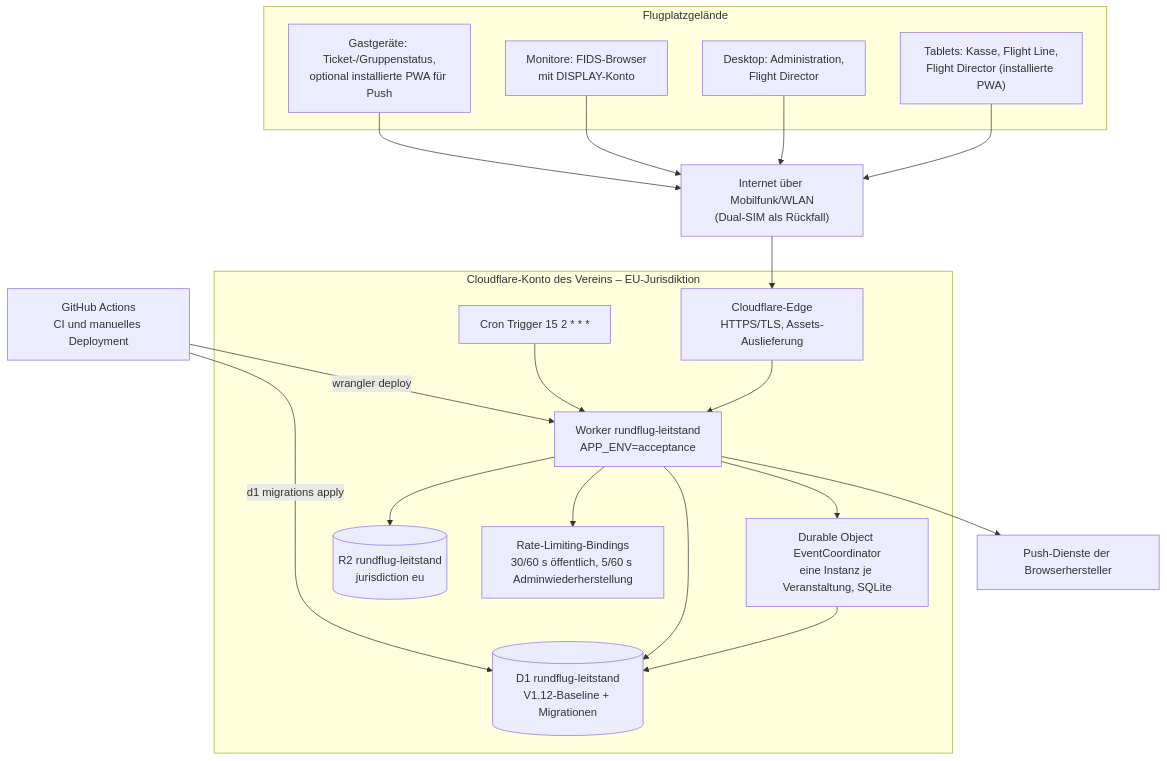
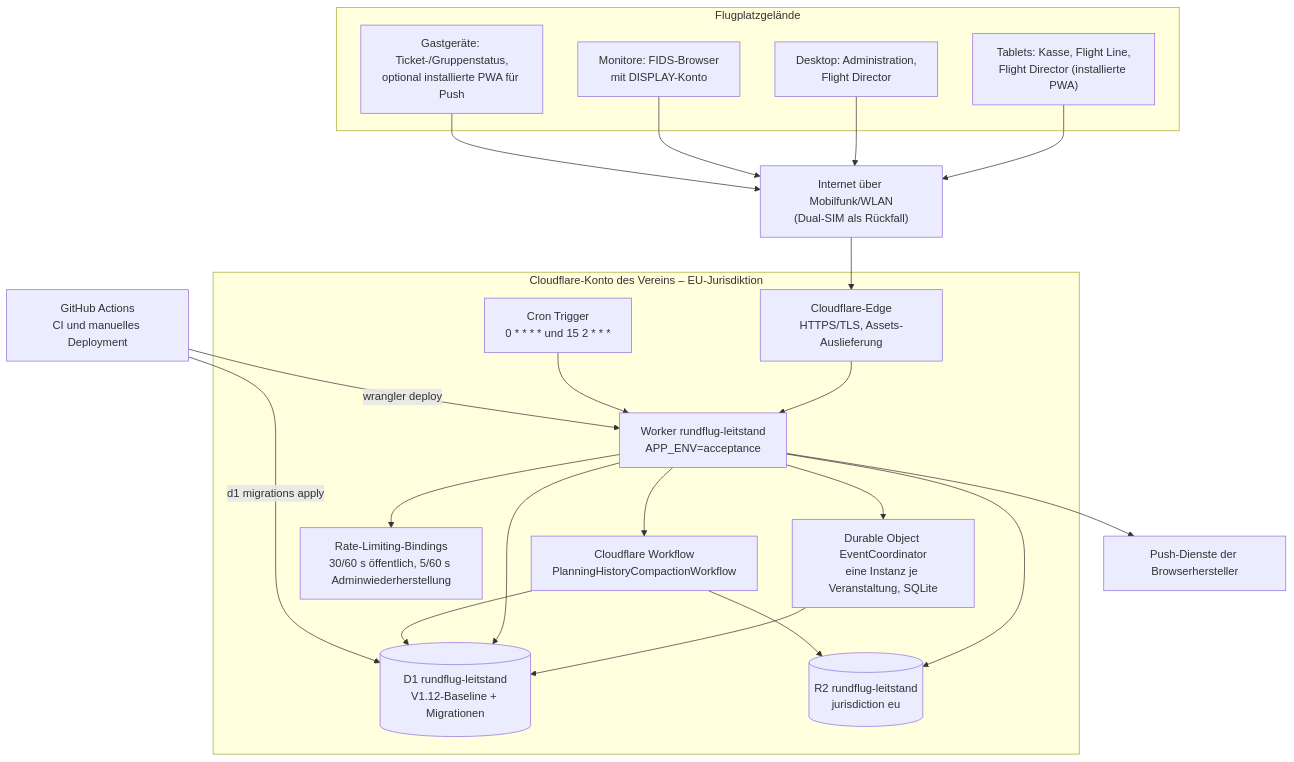
Before and after one commit to aguther/rundflug-leitstand: the first of 2 diagrams in docs/architecture/arc42/07-verteilungssicht.md, drawn with Mermaid. The commit also changed other lines of this file and 54 other files, not shown here.

First line of the commit message:
feat(worker): compact verified planning history to R2

````diff
--- a/docs/architecture/arc42/07-verteilungssicht.md
+++ b/docs/architecture/arc42/07-verteilungssicht.md
@@ -5,34 +5,37 @@
 ```mermaid
 flowchart TB
     subgraph Gelaende["Flugplatzgelände"]
         TAB["Tablets: Kasse, Flight Line,<br/>Flight Director (installierte PWA)"]
         DESK["Desktop: Administration,<br/>Flight Director"]
         MON["Monitore: FIDS-Browser<br/>mit DISPLAY-Konto"]
         GAST["Gastgeräte: Ticket-/Gruppenstatus,<br/>optional installierte PWA für Push"]
     end
 
     NET["Internet über Mobilfunk/WLAN<br/>(Dual-SIM als Rückfall)"]
 
     subgraph CF["Cloudflare-Konto des Vereins – EU-Jurisdiktion"]
         EDGE["Cloudflare-Edge<br/>HTTPS/TLS, Assets-Auslieferung"]
         WK["Worker rundflug-leitstand<br/>APP_ENV=acceptance"]
         DOI["Durable Object EventCoordinator<br/>eine Instanz je Veranstaltung, SQLite"]
         D1[("D1 rundflug-leitstand<br/>V1.12-Baseline + Migrationen")]
         R2[("R2 rundflug-leitstand<br/>jurisdiction eu")]
         RL["Rate-Limiting-Bindings<br/>30/60 s öffentlich, 5/60 s Adminwiederherstellung"]
-        CRON["Cron Trigger 15 2 * * *"]
+        CRON["Cron Trigger<br/>0 * * * * und 15 2 * * *"]
+        WF["Cloudflare Workflow<br/>PlanningHistoryCompactionWorkflow"]
     end
 
     GH["GitHub Actions<br/>CI und manuelles Deployment"]
     PUSH["Push-Dienste der Browserhersteller"]
 
     TAB & DESK & MON & GAST --> NET --> EDGE --> WK
     WK --> DOI --> D1
     WK --> D1
     WK --> R2
     WK --> RL
     CRON --> WK
+    WK --> WF --> D1
+    WF --> R2
     WK --> PUSH
     GH -->|"wrangler deploy"| WK
     GH -->|"d1 migrations apply"| D1
 ```
````
